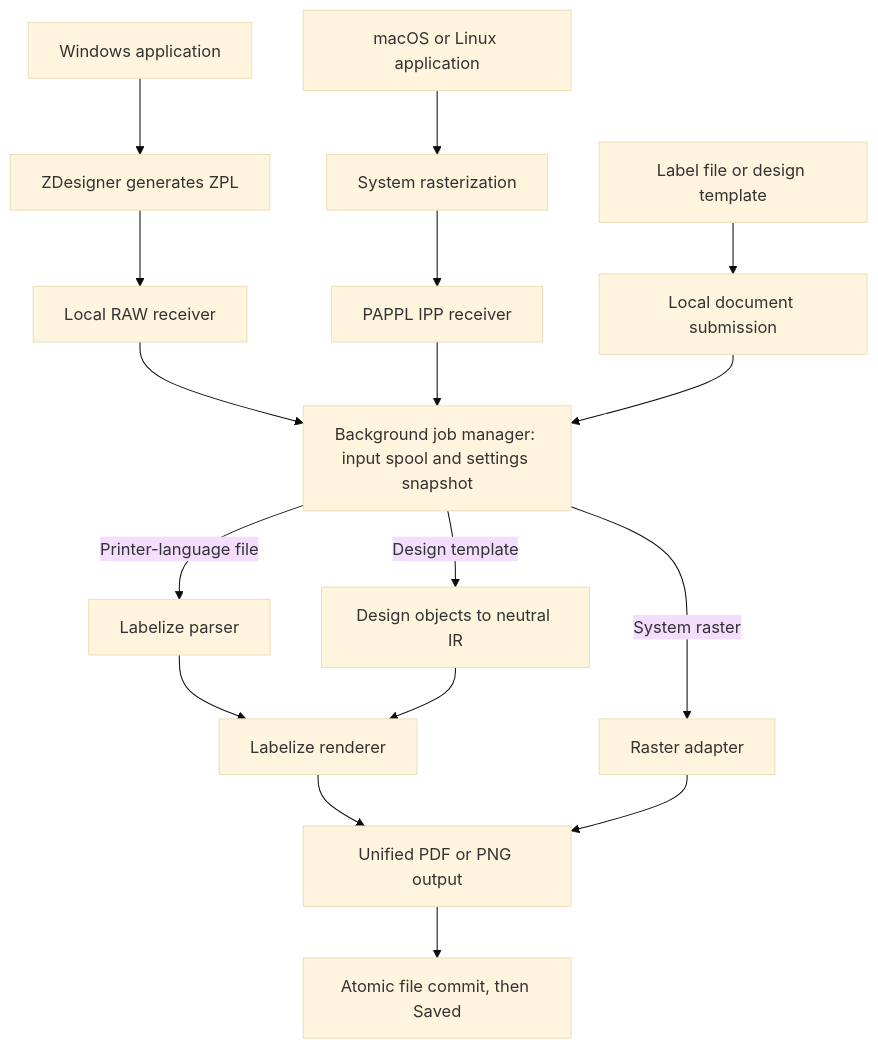
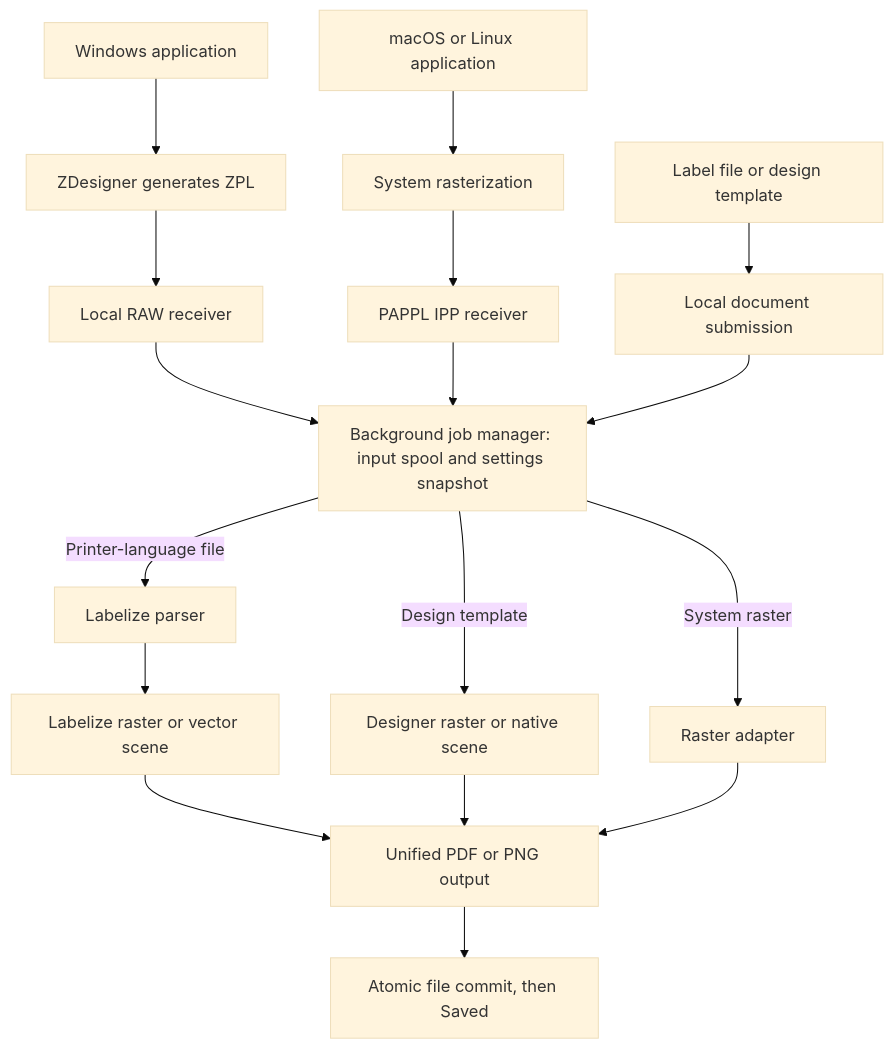
The first of 2 diagrams in ARCHITECTURE.md (GOODBOY008/labelize-printer), drawn with Mermaid (base theme) before and after one commit. The commit also changed other lines of this file and 31 other files, not shown here.

````diff
--- a/ARCHITECTURE.md
+++ b/ARCHITECTURE.md
@@ -9,19 +9,19 @@
 ```mermaid
 flowchart TD
   W[Windows application] --> Z[ZDesigner generates ZPL]
   Z --> RAW[Local RAW receiver]
   M[macOS or Linux application] --> OS[System rasterization]
   OS --> IPP[PAPPL IPP receiver]
   F[Label file or design template] --> IPC[Local document submission]
   RAW --> J[Background job manager: input spool and settings snapshot]
   IPP --> J
   IPC --> J
   J -->|Printer-language file| P[Labelize parser]
-  J -->|Design template| D[Design objects to neutral IR]
-  P --> L[Labelize renderer]
-  D --> L
+  J -->|Design template| D[Designer raster or native scene]
+  P --> L[Labelize raster or vector scene]
   J -->|System raster| R[Raster adapter]
   L --> O[Unified PDF or PNG output]
+  D --> O
   R --> O
   O --> SAVE[Atomic file commit, then Saved]
 ```
````
